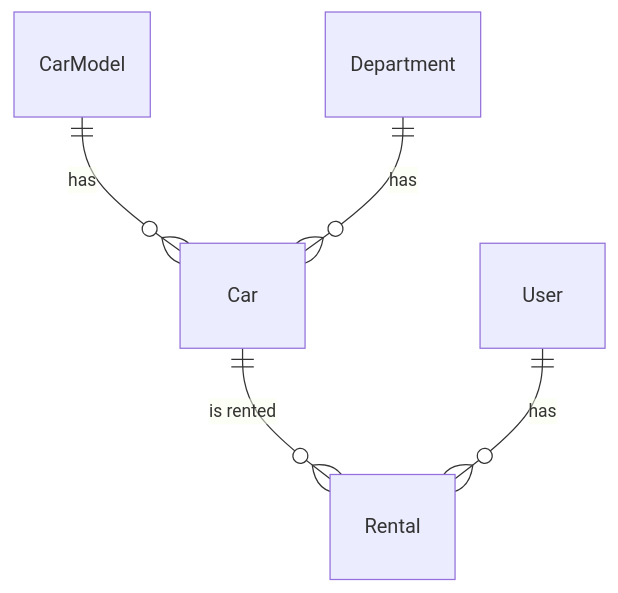
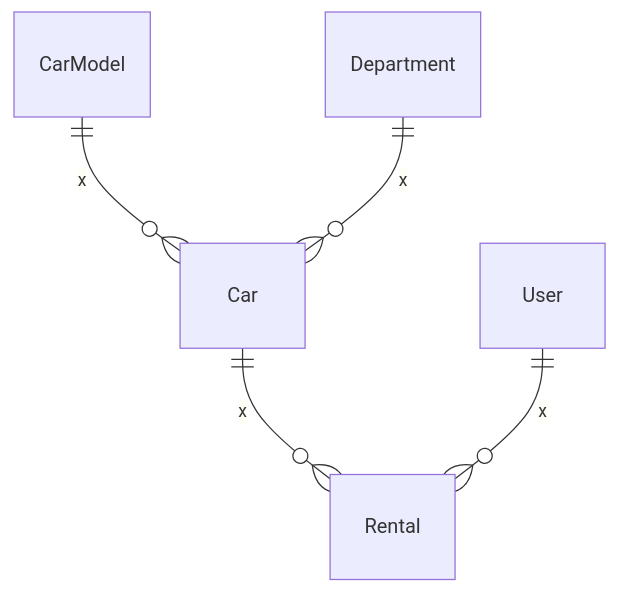
One commit to kacperwyczawski/sigma-cars changed the diagram in README.md. Above: the diagram before and after it, drawn with Mermaid.

````diff
--- a/README.md
+++ b/README.md
@@ -46,7 +46,7 @@
 ```mermaid
 erDiagram
-    CarModel ||--o{ Car : has
-    Department ||--o{ Car : has
-    Car ||--o{ Rental : "is rented"
-    User ||--o{ Rental : has
+    CarModel ||--o{ Car : x
+    Department ||--o{ Car : x
+    Car ||--o{ Rental : x
+    User ||--o{ Rental : x
 ```
````
